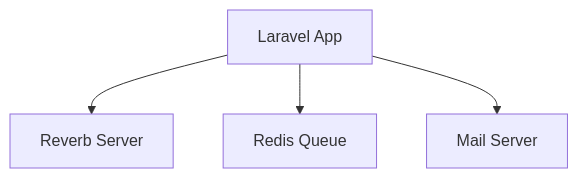
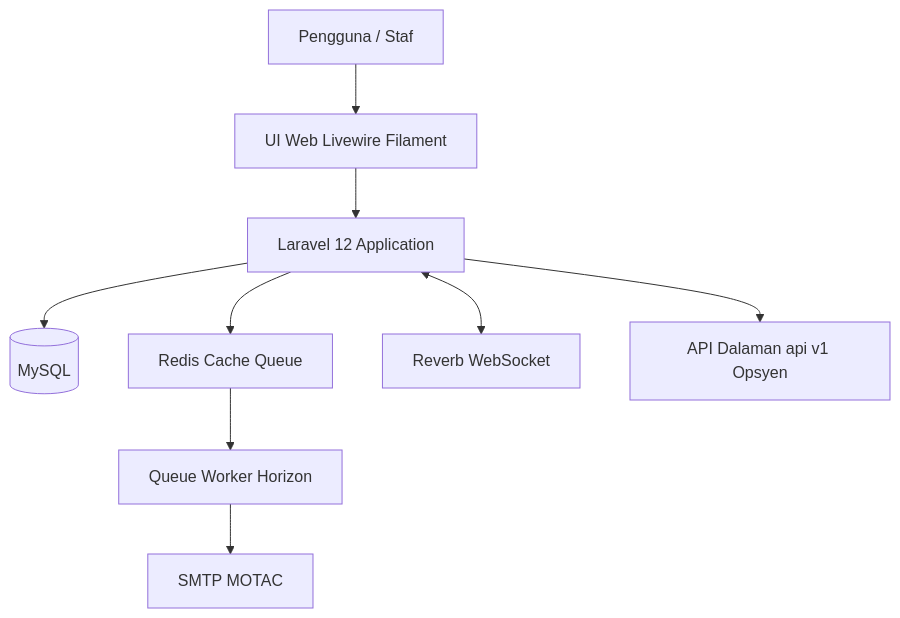
The diagram in D07_DOKUMEN_PELAN_INTEGRASI_SISTEM_ictserve_3.6.1.md (IzzatFirdaus/ictserve-031125), drawn with Mermaid before and after one commit. The commit also changed other lines of this file and 12 other files, not shown here.

````diff
--- a/D07_DOKUMEN_PELAN_INTEGRASI_SISTEM_ictserve_3.6.1.md
+++ b/D07_DOKUMEN_PELAN_INTEGRASI_SISTEM_ictserve_3.6.1.md
@@ -62,6 +163,11 @@
 ```mermaid
 graph TD
-    App["Laravel App"] --> WS["Reverb Server"]
-    App --> Redis["Redis Queue"]
-    App --> SMTP["Mail Server"]
+    User[Pengguna / Staf] --> UI[UI Web Livewire Filament]
+    UI --> App[Laravel 12 Application]
+    App --> DB[(MySQL)]
+    App --> CacheQueue[Redis Cache Queue]
+    CacheQueue --> Worker[Queue Worker Horizon]
+    Worker --> SMTP[SMTP MOTAC]
+    App <--> WS[Reverb WebSocket]
+    App --> API[API Dalaman api v1 Opsyen]
 ```
````
